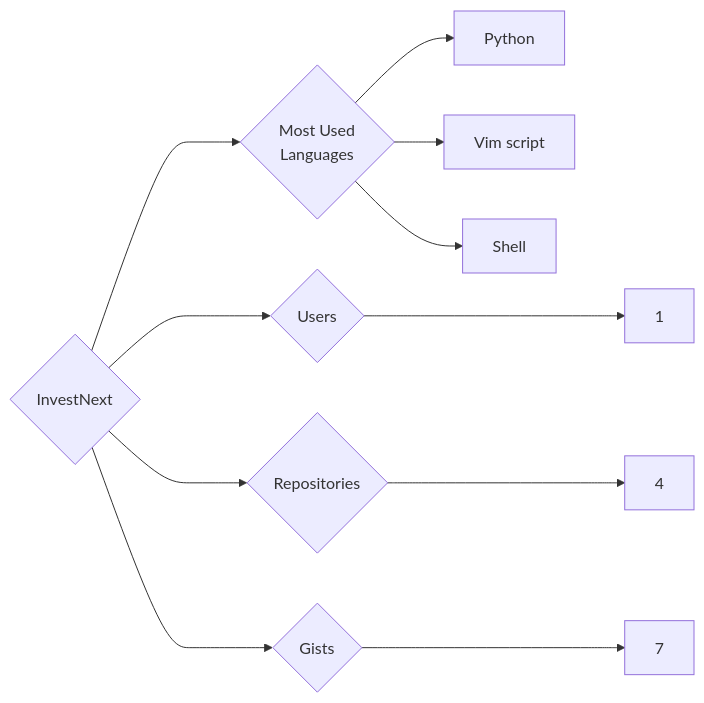
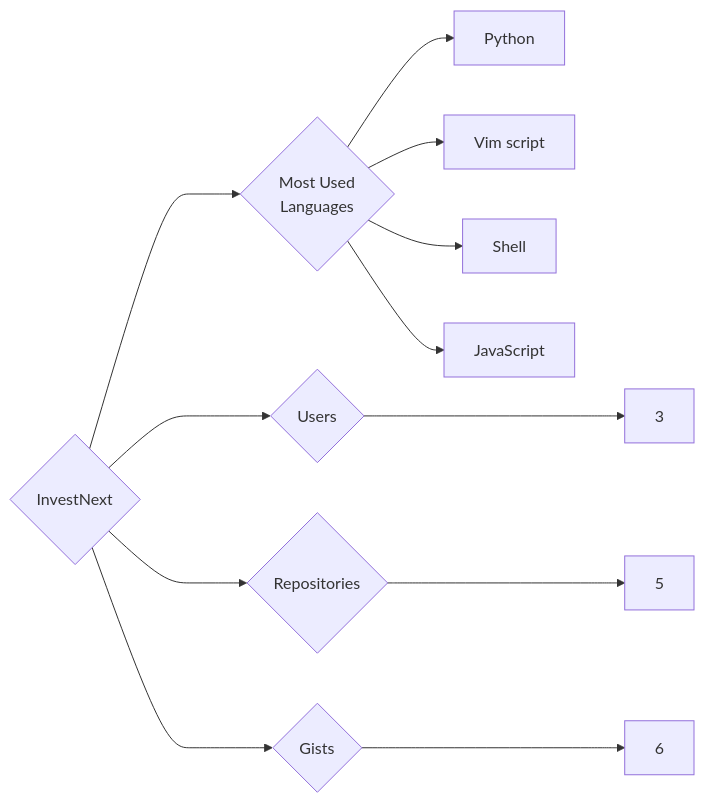
Before and after one commit to trickest/insiders: the diagram in targets/InvestNext/README.md, drawn with Mermaid. The commit also changed 872 other files, not shown here.

````diff
--- a/targets/InvestNext/README.md
+++ b/targets/InvestNext/README.md
@@ -3,11 +3,12 @@
 ```mermaid
 graph LR
 COMPANY_NAME{InvestNext}
-COMPANY_NAME ---> U{Users} ---> UN[1]
-COMPANY_NAME ---> R{Repositories} ---> RN[4]
-COMPANY_NAME ---> G{Gists} ---> GN[7]
+COMPANY_NAME ---> U{Users} ---> UN[3]
+COMPANY_NAME ---> R{Repositories} ---> RN[5]
+COMPANY_NAME ---> G{Gists} ---> GN[6]
 COMPANY_NAME ---> ML{Most Used<br>Languages}
 ML --> Python[Python]
 ML --> Vim_script[Vim script]
 ML --> Shell[Shell]
+ML --> JavaScript[JavaScript]
 ```
````
